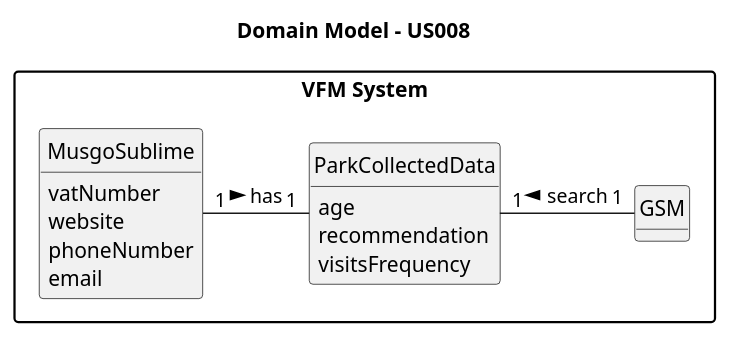
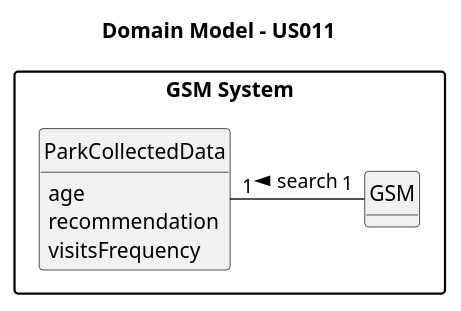
Before and after one commit to SAEmanuel/Green_Spaces_Management_ISEP: the diagram in docs/sprintB/us011/02.analysis/puml/us011-domain-model.puml, drawn with PlantUML. The commit also changed 6 other files, not shown here.

```diff
--- a/docs/sprintB/us011/02.analysis/puml/us011-domain-model.puml
+++ b/docs/sprintB/us011/02.analysis/puml/us011-domain-model.puml
@@ -1,36 +1,28 @@
 @startuml
 skinparam monochrome true
 skinparam packageStyle rectangle
 skinparam shadowing false
 
 'left to right direction
 
 skinparam classAttributeIconSize 0
 
 hide circle
 hide methods
-package "VFM System" {
+package "GSM System" {
 
-title Domain Model - US008
+title Domain Model - US011
 
 class GSM {
 }
 
 class ParkCollectedData {
 age
 recommendation
 visitsFrequency
 }
 
-class MusgoSublime {
-vatNumber
-website
-phoneNumber
-email
-}
 
-
-MusgoSublime "1" - "1" ParkCollectedData: has >
 ParkCollectedData "1" - "1" GSM: search <
 
 @enduml
```
